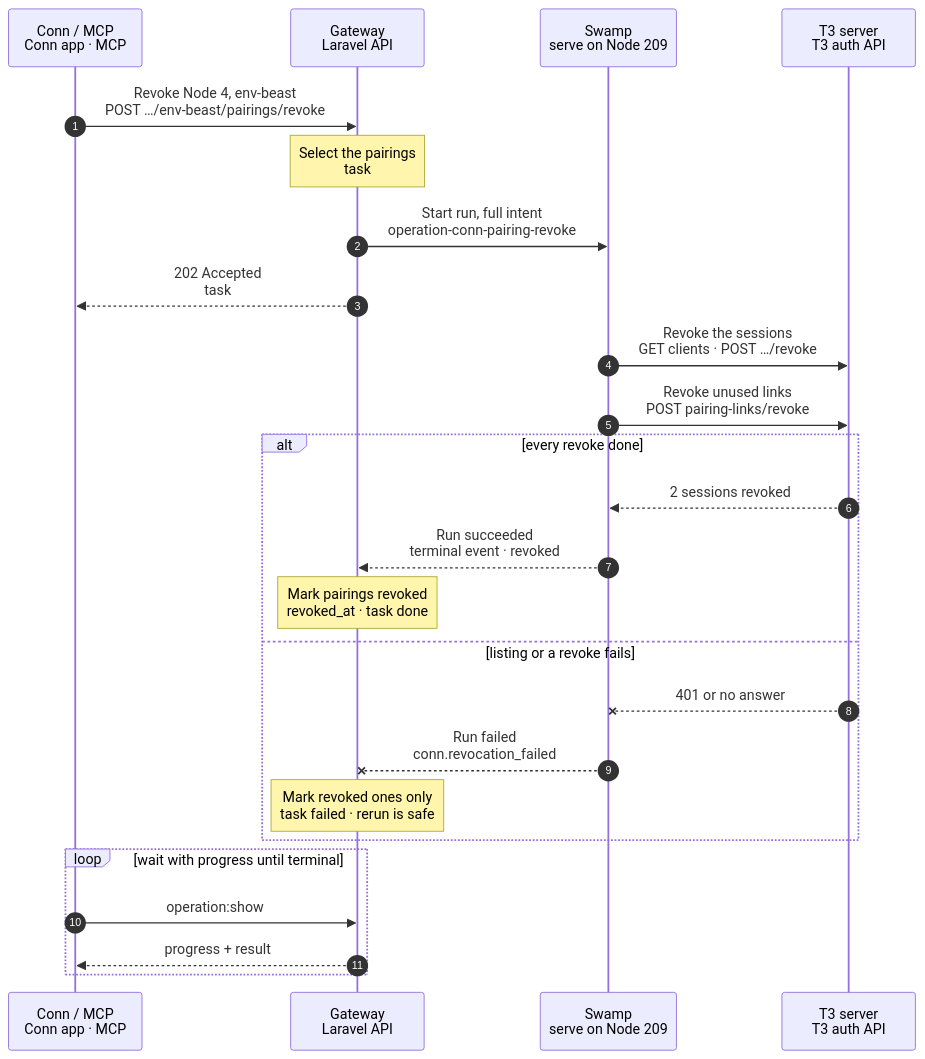
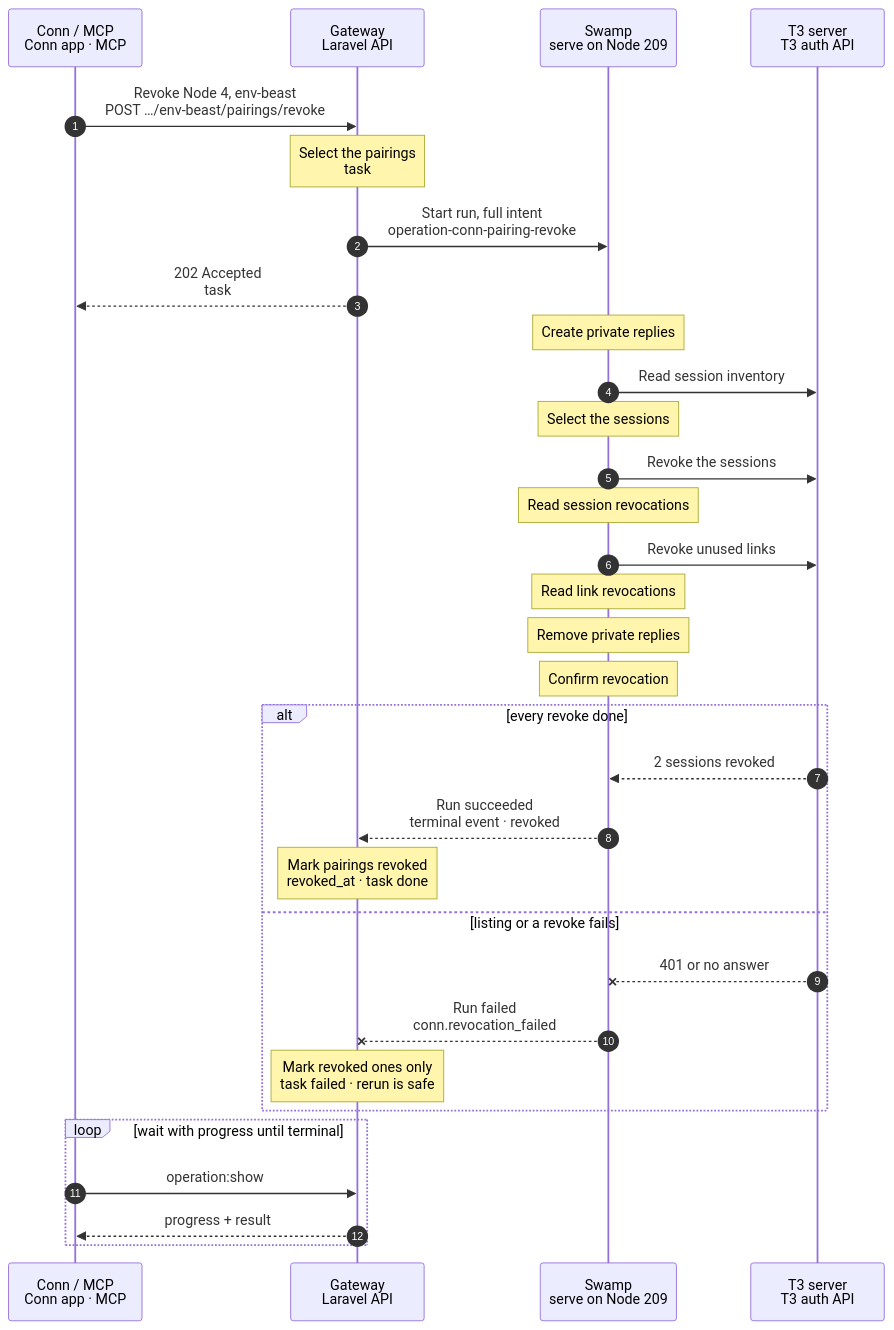
Before and after one commit to hardimpactdev/orbit: the diagram in docs/cli/conn/pairing-revoke.mmd, drawn with Mermaid. The commit also changed 17 other files, not shown here.

```diff
--- a/docs/cli/conn/pairing-revoke.mmd
+++ b/docs/cli/conn/pairing-revoke.mmd
@@ -1,88 +1,106 @@
 sequenceDiagram
   %% Target design: ADR 0244 task, DECISIONS R1 (an external API call is an effect, so it is a run), R2-R4. docs/reference/conn.md#native-pairing-revocation.
   %% Tightened: flow-tighten 2026-11-02, rule 16 (the session list only picks the targets, so it folds into the revoke step).
-  %% status: draft
+  %% status: migrated
   %% command: none · Conn API (conn-pairing-revoke)
   %% kind: conn.pairing_revoke
   autonumber
   %% lane CLI icon=terminal pill=caller tone=gray
   %% lane GW icon=gateway pill=intent tone=blue
   %% lane SW icon=workflow pill=executes tone=green
   %% lane T3 icon=server pill=target tone=purple
   participant CLI as Conn / MCP<br/>Conn app · MCP
   participant GW as Gateway<br/>Laravel API
   participant SW as Swamp<br/>serve on Node 209
   participant T3 as T3 server<br/>T3 auth API
   CLI->>GW: Revoke Node 4, env-beast<br/>POST …/env-beast/pairings/revoke
   %%> Command:
   %%> - `POST /api/v1/conn/environments/env-beast/pairings/revoke` with `node_id` 4
   %%> - syntax: the MCP tool `conn-pairing-revoke` with `environment` and an optional `node_id`
   %%> Input:
   %%> - the T3 server, and the Node whose pairings go; without `node_id` it is the caller
   %%> Not included:
   %%> - there is no `orbit` command; WireGuard access does not change
   Note over GW: Select the pairings<br/>task #5171 · session to vault
   %%> Requirements:
   %%> - the `conn` extension is on; the caller is an active Node
   %%> - env-beast is registered and the Gateway's admin session there has not expired
   %%> - no other revocation runs for env-beast; the Gateway holds one lock per server
   %%> What it does:
   %%> - captures Node 4's open pairings on env-beast: their client labels and link IDs
   %%> - pushes the admin session to the Swamp vault as `conn-session-5171` after commit (R3)
   %%> Why a run:
   %%> - calling T3's API is an effect; the Gateway's only execution primitives are mint and sign
   GW->>SW: Start run, full intent<br/>operation-conn-pairing-revoke
   %%> What it does:
   %%> - starts one Swamp run on serve (Node 209); no Node is a target
   %%> Inputs:
   %%> - the T3 server URL, the captured labels and link IDs, and the vault key names; never the session
   GW-->>CLI: 202 Accepted<br/>task #5171
   %%> What you get:
   %%> - the task number, at once
   %%> Next:
   %%> - the caller waits on the task and shows its progress
-  SW->>T3: Revoke the sessions<br/>GET clients · POST …/revoke
+  Note over SW: Create private replies
   %%> How:
-  %%> - HTTPS from 209, with the admin session from `vault.get`
+  %%> - mktemp creates a private worker directory; no raw HTTP reply enters run history
+  SW->>T3: Read session inventory
+  %%> How:
+  %%> - one bounded curl request with the admin session from vault.get
+  %%> - no read is needed when no admitted label exists
+  Note over SW: Select the sessions
   %%> What it does:
-  %%> - lists the client sessions on env-beast, selects those with the captured labels, and revokes each; a session already gone counts as revoked
-  %%> Refuses:
-  %%> - a failed or invalid list stops the step before any revoke; it never counts as an empty list
-  %%> Keeps:
-  %%> - the Gateway's own current session and every other label
-  SW->>T3: Revoke unused links<br/>POST pairing-links/revoke
+  %%> - typed data selects admitted labels and keeps the current admin and every other label
+  %%> - an invalid or failed list refuses before any revoke
+  SW->>T3: Revoke the sessions
+  %%> How:
+  %%> - one bounded curl request per selected session, in native forEach
+  %%> - the reply stays in the private directory; no duplicate ownership read
+  Note over SW: Read session revocations
   %%> What it does:
-  %%> - revokes each captured pairing link that was never used, one per step
+  %%> - typed data reads the private replies and keeps valid completions and the revoked count
+  SW->>T3: Revoke unused links
+  %%> How:
+  %%> - one bounded curl request per captured link; a failed session phase blocks these calls
+  Note over SW: Read link revocations
+  %%> What it does:
+  %%> - typed data keeps each valid link completion, including partial failure
+  Note over SW: Remove private replies
+  %%> How:
+  %%> - declared completed or skipped dependencies remove the directory after failure too
+  Note over SW: Confirm revocation
+  %%> Check:
+  %%> - the native assert requires valid replies for every admitted action
   alt every revoke done
     T3-->>SW: 2 sessions revoked
     %%> Returns:
     %%> - each revoke answered
     SW-->>GW: Run succeeded<br/>terminal event · revoked
     %%> How the Gateway learns it:
     %%> - its shared run reader sees the terminal event; Swamp never calls the Gateway
     Note over GW: Mark pairings revoked<br/>revoked_at · task done
     %%> Result:
     %%> - Node 4's pairings on env-beast get `revoked_at`, and their stored links are removed
     %%> - the device loses env-beast at once; its other servers and Orbit access stay
     %%> - task #5171 succeeds
   else listing or a revoke fails
     T3--xSW: 401 or no answer
     %%> When:
     %%> - T3 refuses the admin session, cannot be reached, or answers with invalid data
     SW--xGW: Run failed<br/>conn.revocation_failed
     %%> The Gateway reads:
     %%> - which step failed and its safe error code
     Note over GW: Mark revoked ones only<br/>task failed · rerun is safe
     %%> Result:
-    %%> - pairings whose sessions were revoked are marked revoked; the rest stay open; task #5171 fails
+    %%> - pairings whose sessions and links completed are marked revoked; the rest stay open; task #5171 fails
     %%> Retry:
     %%> - safe: run it again; it lists the sessions again and skips those already gone
   end
   loop wait with progress until terminal
     CLI->>GW: operation:show #5171
     %%> What it does:
     %%> - waits on the task and shows each step label as progress
     GW-->>CLI: progress + result
     %%> Returns:
     %%> - the progress, and the number of revoked sessions once the task has ended
   end
```
